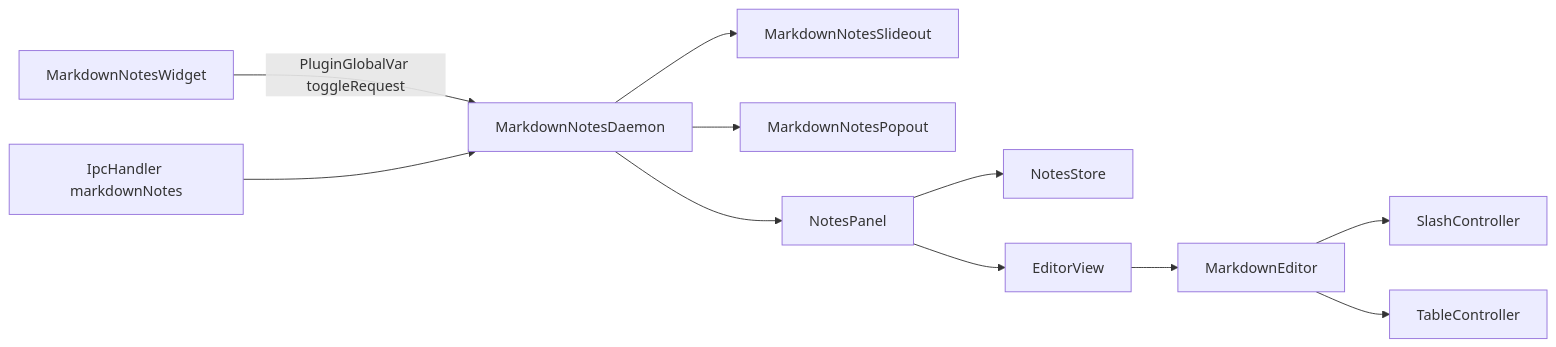
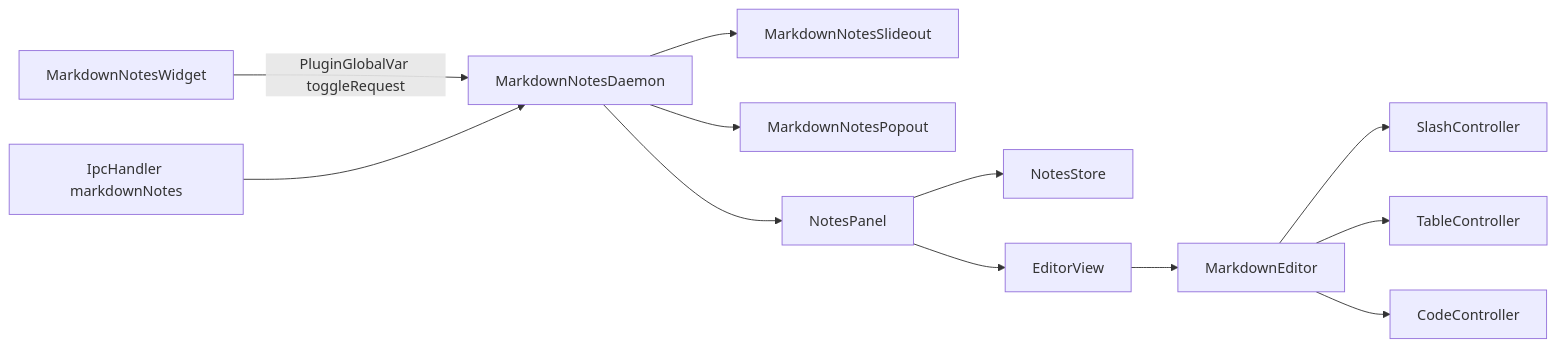
One commit to haui-ju/dms-markdown-notes changed the diagram in AGENTS.md. Above: the diagram before and after it, drawn with Mermaid. The commit also changed other lines of this file and 13 other files, not shown here.

````diff
--- a/AGENTS.md
+++ b/AGENTS.md
@@ -50,13 +54,14 @@
 ```mermaid
 flowchart LR
   widget[MarkdownNotesWidget] -->|PluginGlobalVar toggleRequest| daemon[MarkdownNotesDaemon]
   ipc[IpcHandler markdownNotes] --> daemon
   daemon --> slideout[MarkdownNotesSlideout]
   daemon --> popout[MarkdownNotesPopout]
   daemon --> panel[NotesPanel]
   panel --> store[NotesStore]
   panel --> view[EditorView]
   view --> editor[MarkdownEditor]
   editor --> slash[SlashController]
   editor --> table[TableController]
+  editor --> code[CodeController]
 ```
````
